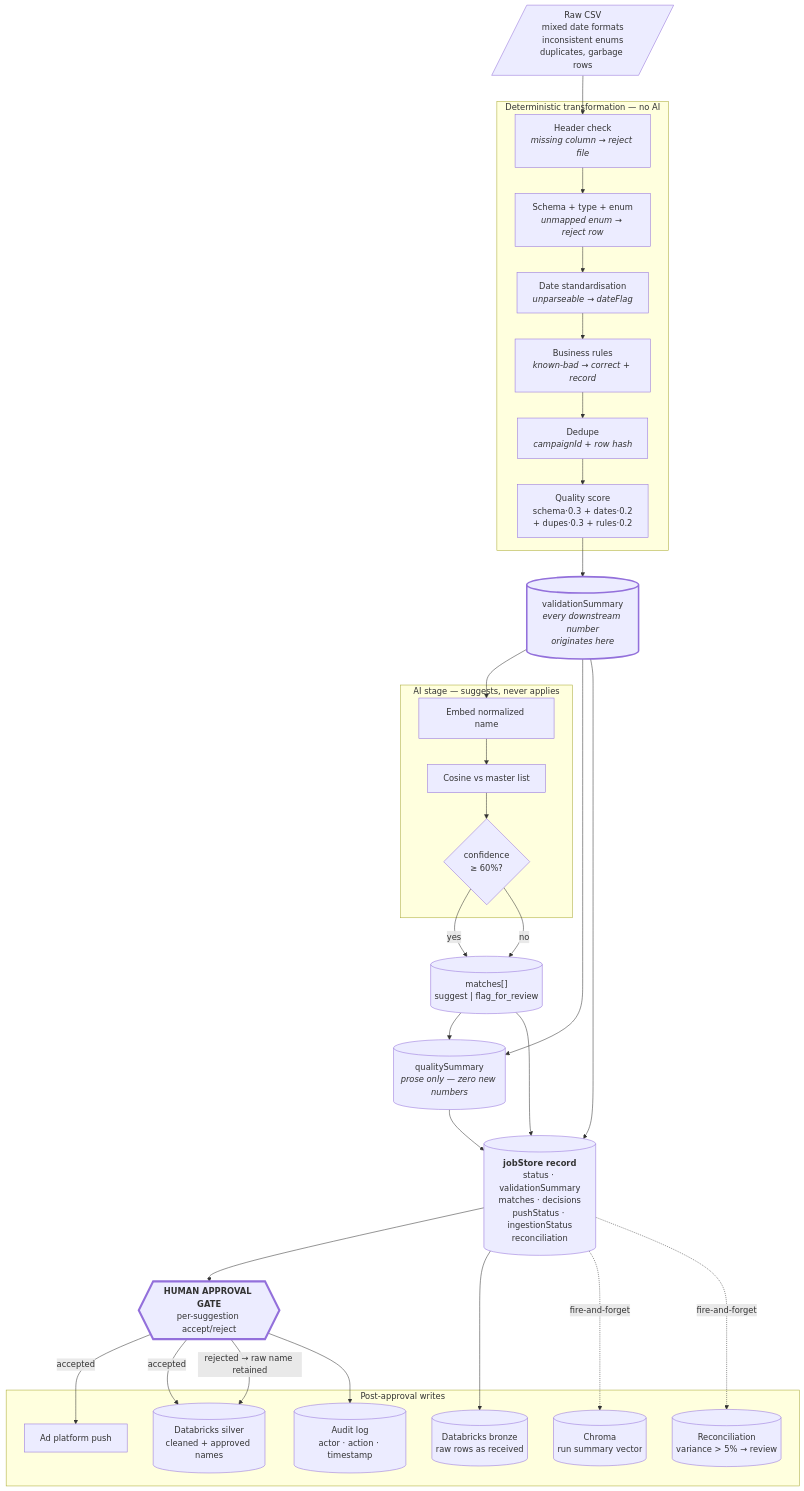
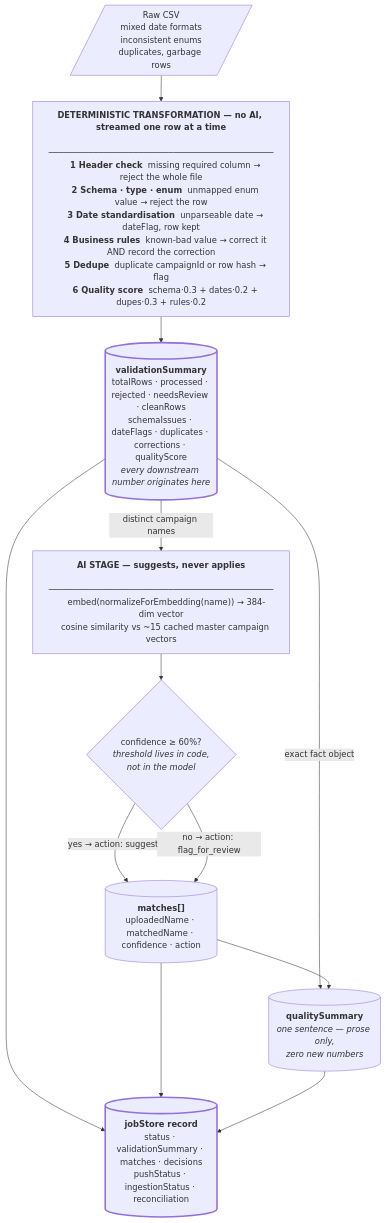
One commit to sakshianand/adobe-case-study changed the fifth of 12 diagrams in ARCHITECTURE.md. Above: the diagram before and after it, drawn with Mermaid. The commit also changed other lines of this file and 1 other file, not shown here.

````diff
--- a/ARCHITECTURE.md
+++ b/ARCHITECTURE.md
@@ -256,58 +292,40 @@
 ```mermaid
 flowchart TB
     CSV[/"Raw CSV<br/>mixed date formats<br/>inconsistent enums<br/>duplicates, garbage rows"/]
 
-    subgraph Deterministic["Deterministic transformation — no AI"]
-        H["Header check<br/><i>missing column → reject file</i>"]
-        SC["Schema + type + enum<br/><i>unmapped enum → reject row</i>"]
-        DT["Date standardisation<br/><i>unparseable → dateFlag</i>"]
-        BR["Business rules<br/><i>known-bad → correct + record</i>"]
-        DD["Dedupe<br/><i>campaignId + row hash</i>"]
-        QS["Quality score<br/>schema·0.3 + dates·0.2<br/>+ dupes·0.3 + rules·0.2"]
-    end
+    DET["<b>DETERMINISTIC TRANSFORMATION — no AI, streamed one row at a time</b>
+    ─────────────────────────────────────────────
+    <b>1 Header check</b>  missing required column → reject the whole file
+    <b>2 Schema · type · enum</b>  unmapped enum value → reject the row
+    <b>3 Date standardisation</b>  unparseable date → dateFlag, row kept
+    <b>4 Business rules</b>  known-bad value → correct it AND record the correction
+    <b>5 Dedupe</b>  duplicate campaignId or row hash → flag
+    <b>6 Quality score</b>  schema·0.3 + dates·0.2 + dupes·0.3 + rules·0.2"]
 
-    VS[("validationSummary<br/><i>every downstream number<br/>originates here</i>")]
+    VS[("<b>validationSummary</b><br/>totalRows · processed · rejected · needsReview · cleanRows<br/>schemaIssues · dateFlags · duplicates · corrections · qualityScore<br/><i>every downstream number originates here</i>")]
 
-    subgraph AIStage["AI stage — suggests, never applies"]
-        EM["Embed normalized name"]
-        COS["Cosine vs master list"]
-        TH{"confidence<br/>≥ 60%?"}
-    end
+    AIS["<b>AI STAGE — suggests, never applies</b>
+    ─────────────────────────────────────────────
+    embed(normalizeForEmbedding(name)) → 384-dim vector
+    cosine similarity vs ~15 cached master campaign vectors"]
 
-    MATCH[("matches[]<br/>suggest | flag_for_review")]
-    SUM[("qualitySummary<br/><i>prose only — zero new numbers</i>")]
+    TH{"confidence ≥ 60%?<br/><i>threshold lives in code,<br/>not in the model</i>"}
 
-    JOB[("<b>jobStore record</b><br/>status · validationSummary<br/>matches · decisions<br/>pushStatus · ingestionStatus<br/>reconciliation")]
+    MATCH[("<b>matches[]</b><br/>uploadedName · matchedName · confidence · action")]
+    SUM[("<b>qualitySummary</b><br/><i>one sentence — prose only,<br/>zero new numbers</i>")]
 
-    GATE{{"<b>HUMAN APPROVAL GATE</b><br/>per-suggestion accept/reject"}}
+    JOB[("<b>jobStore record</b><br/>status · validationSummary · matches · decisions<br/>pushStatus · ingestionStatus · reconciliation")]
 
-    subgraph Downstream["Post-approval writes"]
-        PUSH["Ad platform push"]
-        BRONZE[("Databricks bronze<br/>raw rows as received")]
-        SILVER[("Databricks silver<br/>cleaned + approved names")]
-        IDX[("Chroma<br/>run summary vector")]
-        RECON[("Reconciliation<br/>variance > 5% → review")]
-        AUD[("Audit log<br/>actor · action · timestamp")]
-    end
-
-    CSV --> H --> SC --> DT --> BR --> DD --> QS --> VS
-    VS --> EM --> COS --> TH
-    TH -->|yes| MATCH
-    TH -->|no| MATCH
-    VS --> SUM
+    CSV --> DET --> VS
+    VS -->|"distinct campaign names"| AIS --> TH
+    TH -->|"yes → action: suggest"| MATCH
+    TH -->|"no → action: flag_for_review"| MATCH
+    VS -->|"exact fact object"| SUM
     MATCH --> SUM
     VS --> JOB
     MATCH --> JOB
     SUM --> JOB
-    JOB --> GATE
-    GATE -->|accepted| PUSH
-    GATE -->|accepted| SILVER
-    GATE -->|"rejected → raw name retained"| SILVER
-    JOB --> BRONZE
-    JOB -.->|fire-and-forget| IDX
-    JOB -.->|fire-and-forget| RECON
-    GATE --> AUD
 
-    style GATE stroke-width:4px
     style VS stroke-width:3px
+    style JOB stroke-width:3px
 ```
````
